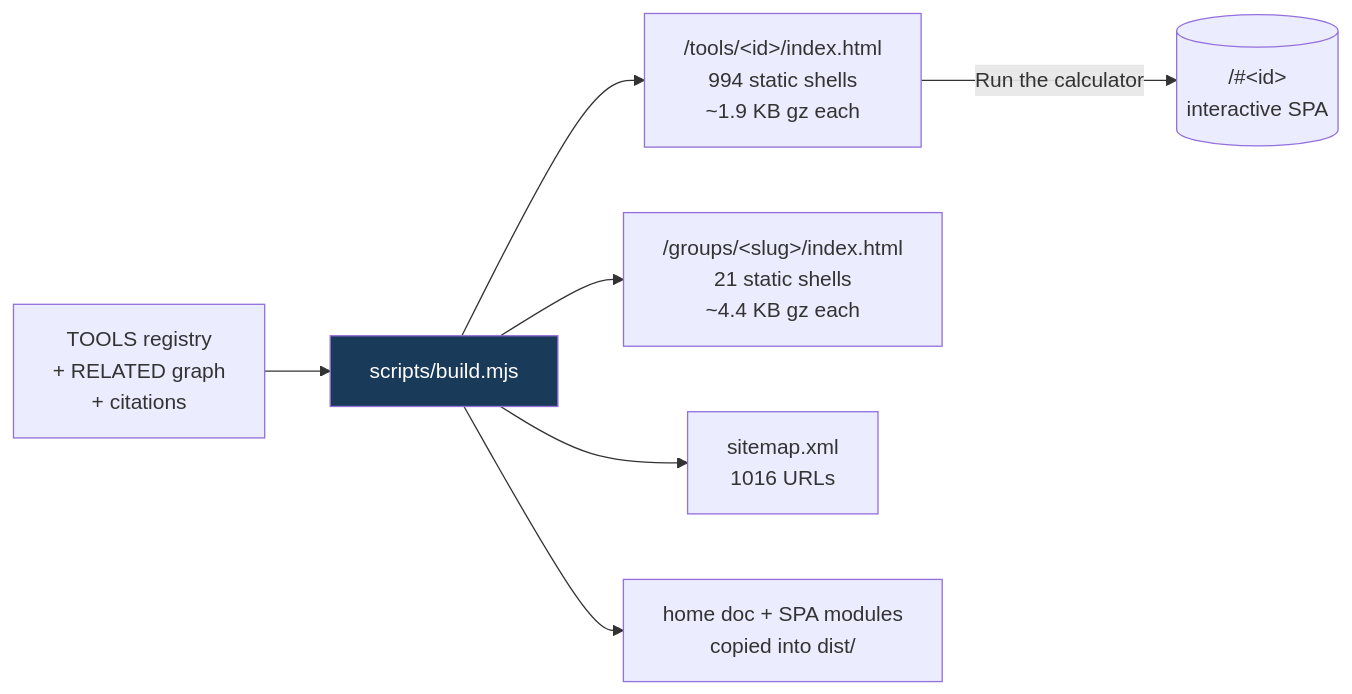
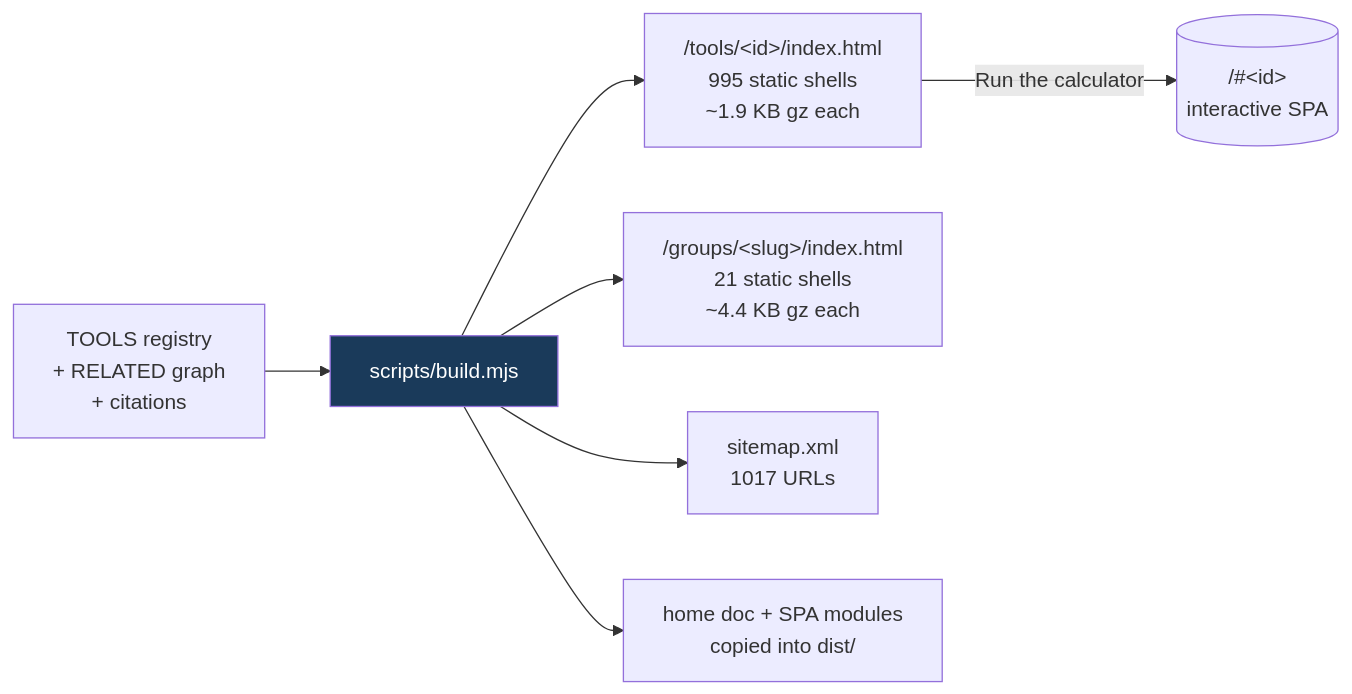
One commit to clay-good/roughlogic.com changed the fifth of 8 diagrams in README.md. Above: the diagram before and after it, drawn with Mermaid. The commit also changed other lines of this file and 13 other files, not shown here.

````diff
--- a/README.md
+++ b/README.md
@@ -495,10 +495,10 @@
 ```mermaid
 flowchart LR
     SRC[TOOLS registry\n+ RELATED graph\n+ citations] --> BUILD[scripts/build.mjs]
-    BUILD --> TILE["/tools/&lt;id&gt;/index.html\n994 static shells\n~1.9 KB gz each"]
+    BUILD --> TILE["/tools/&lt;id&gt;/index.html\n995 static shells\n~1.9 KB gz each"]
     BUILD --> GROUP["/groups/&lt;slug&gt;/index.html\n21 static shells\n~4.4 KB gz each"]
-    BUILD --> MAP["sitemap.xml\n1016 URLs"]
+    BUILD --> MAP["sitemap.xml\n1017 URLs"]
     BUILD --> COPY[home doc + SPA modules\ncopied into dist/]
     TILE -->|Run the calculator| SPA[("/#&lt;id&gt;\ninteractive SPA")]
     style BUILD fill:#1a3a5a,color:#fff
 ```
````
